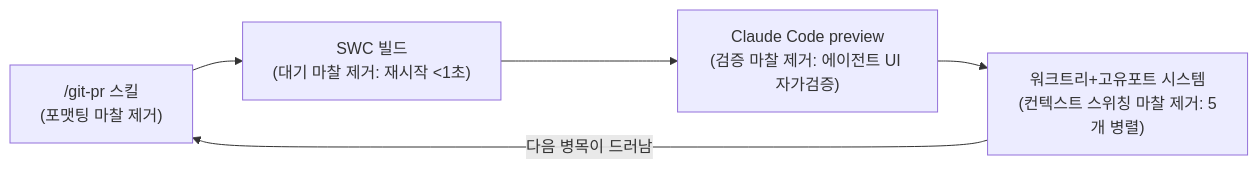
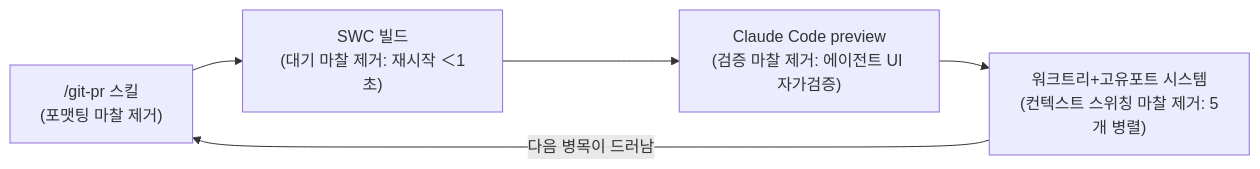
The diagram in content/reading/claude-code-productivity-neil-kakkar.md (DBhyeong/DBhyeong.github.io), drawn with Mermaid before and after one commit. The commit also changed 9 other files, not shown here.

First line of the commit message:
blog: 어제자 3편 발행 + 옛글 mermaid 렌더깨짐 34건 일괄 수정

````diff
--- a/content/reading/claude-code-productivity-neil-kakkar.md
+++ b/content/reading/claude-code-productivity-neil-kakkar.md
@@ -20,7 +20,7 @@
 ```mermaid
 flowchart LR
-    G["/git-pr 스킬<br/>(포맷팅 마찰 제거)"] --> S["SWC 빌드<br/>(대기 마찰 제거: 재시작 <1초)"]
+    G["/git-pr 스킬<br/>(포맷팅 마찰 제거)"] --> S["SWC 빌드<br/>(대기 마찰 제거: 재시작 ＜1초)"]
     S --> PV["Claude Code preview<br/>(검증 마찰 제거: 에이전트 UI 자가검증)"]
     PV --> WT["워크트리+고유포트 시스템<br/>(컨텍스트 스위칭 마찰 제거: 5개 병렬)"]
     WT -->|"다음 병목이 드러남"| G
 ```
````
